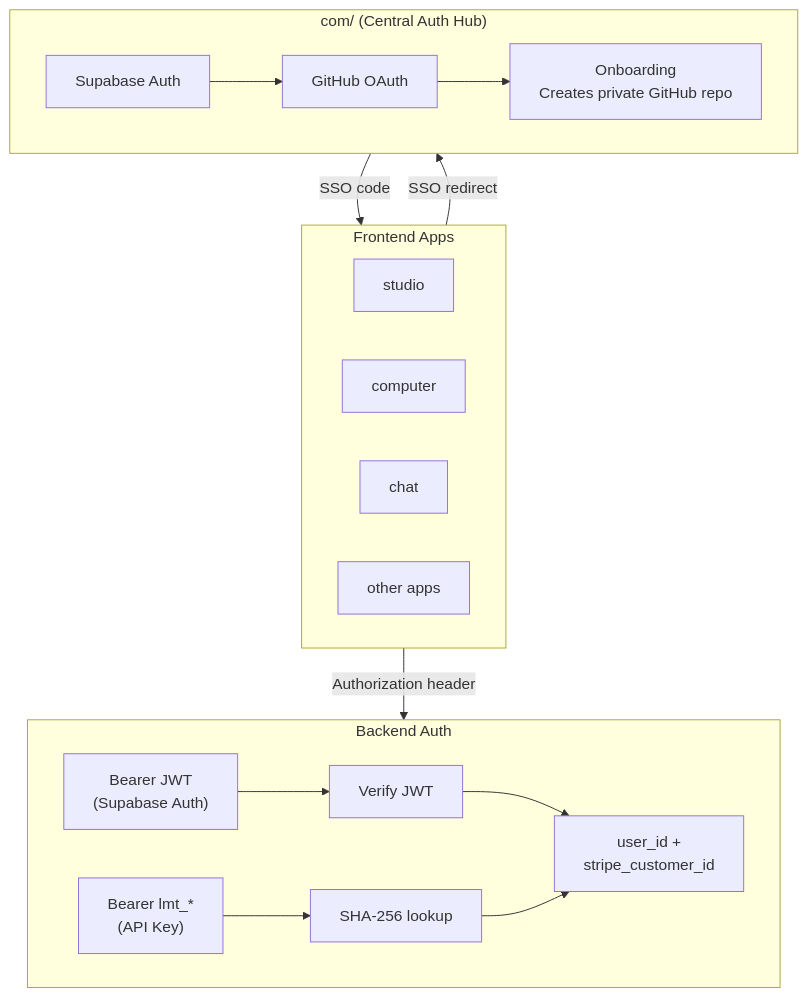
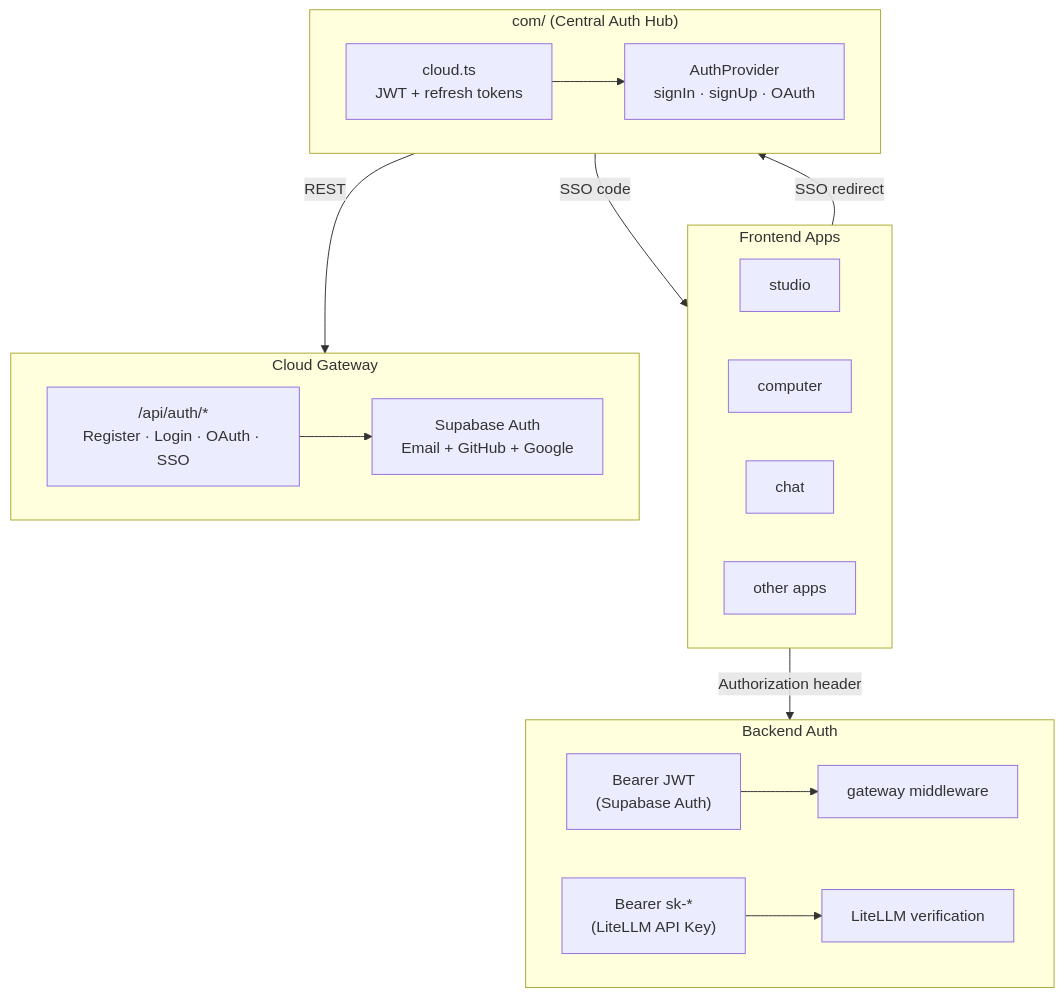
One commit to lmthing/lmthing changed the fifth of 7 diagrams in CLAUDE.md. Above: the diagram before and after it, drawn with Mermaid. The commit also changed other lines of this file and 5 other files, not shown here.

First line of the commit message:
docs: sync CLAUDE.md and knowledge docs with cloud/com architecture migration

````diff
--- a/CLAUDE.md
+++ b/CLAUDE.md
@@ -366,30 +376,33 @@
 ```mermaid
 flowchart TD
     subgraph Apps["Frontend Apps"]
         Studio["studio"]
         Computer["computer"]
         Chat["chat"]
         Other["other apps"]
     end
 
     subgraph Com["com/ (Central Auth Hub)"]
-        Supabase["Supabase Auth"]
-        GitHub["GitHub OAuth"]
-        Supabase --> GitHub
-        Onboarding["Onboarding<br/>Creates private GitHub repo"]
-        GitHub --> Onboarding
+        CloudTS["cloud.ts<br/>JWT + refresh tokens"]
+        AuthProv["AuthProvider<br/>signIn · signUp · OAuth"]
+        CloudTS --> AuthProv
+    end
+
+    subgraph Gateway["Cloud Gateway"]
+        AuthRoutes["/api/auth/*<br/>Register · Login · OAuth · SSO"]
+        SupaAuth["Supabase Auth<br/>Email + GitHub + Google"]
+        AuthRoutes --> SupaAuth
     end
 
     subgraph Backend["Backend Auth"]
         JWT["Bearer JWT<br/>(Supabase Auth)"]
-        APIKey["Bearer lmt_*<br/>(API Key)"]
-        JWT --> Verify["Verify JWT"]
-        APIKey --> Hash["SHA-256 lookup"]
-        Verify --> UserID["user_id +<br/>stripe_customer_id"]
-        Hash --> UserID
+        APIKey["Bearer sk-*<br/>(LiteLLM API Key)"]
+        JWT --> Verify["gateway middleware"]
+        APIKey --> LiteLLM["LiteLLM verification"]
     end
 
     Apps -- "SSO redirect" --> Com
     Com -- "SSO code" --> Apps
+    Com -- "REST" --> Gateway
     Apps -- "Authorization header" --> Backend
 ```
````
